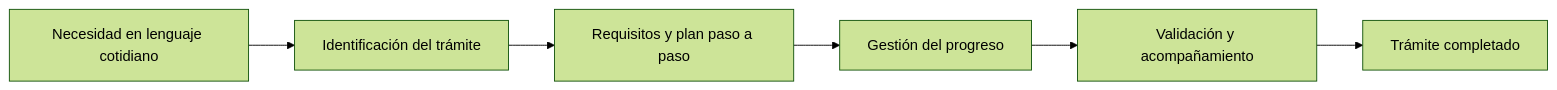
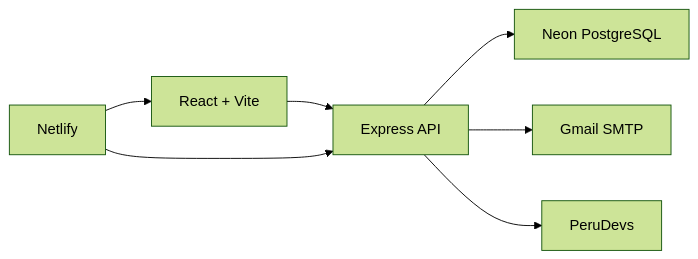
The diagram in README.md (Davsan82/Tramia), drawn with Mermaid (forest theme) before and after one commit. The commit also changed other lines of this file and 8 other files, not shown here.

````diff
--- a/README.md
+++ b/README.md
@@ -70,8 +47,9 @@
 ```mermaid
 flowchart LR
-    A["Necesidad en lenguaje cotidiano"] --> B["Identificación del trámite"]
-    B --> C["Requisitos y plan paso a paso"]
-    C --> D["Gestión del progreso"]
-    D --> E["Validación y acompañamiento"]
-    E --> F["Trámite completado"]
+    UI["React + Vite"] --> API["Express API"]
+    API --> DB["Neon PostgreSQL"]
+    API --> MAIL["Gmail SMTP"]
+    API --> DNI["PeruDevs"]
+    NETLIFY["Netlify"] --> UI
+    NETLIFY --> API
 ```
````
